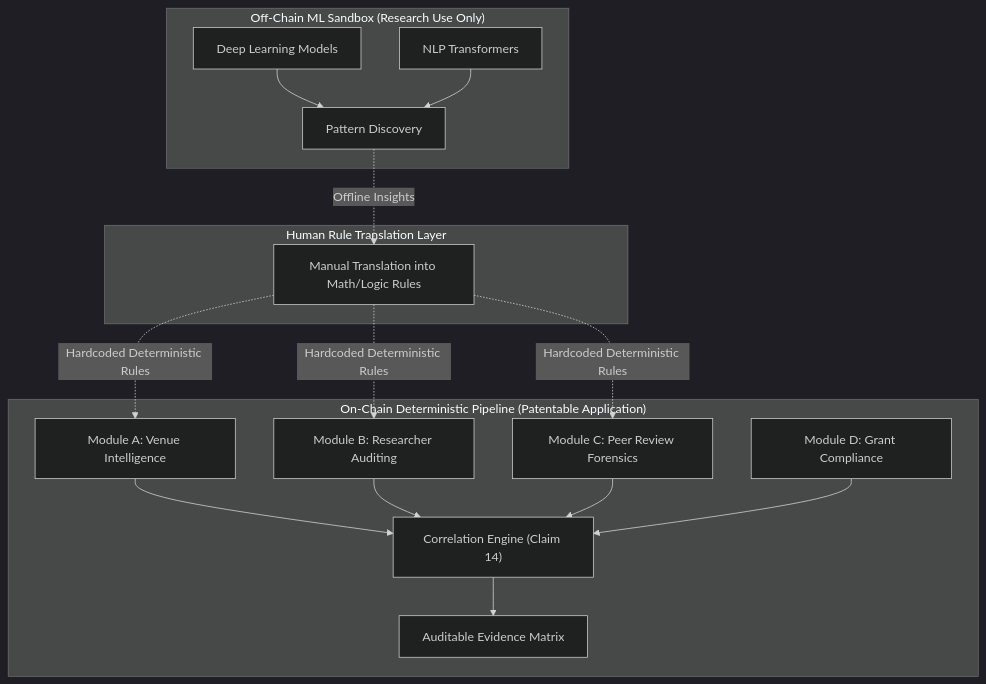
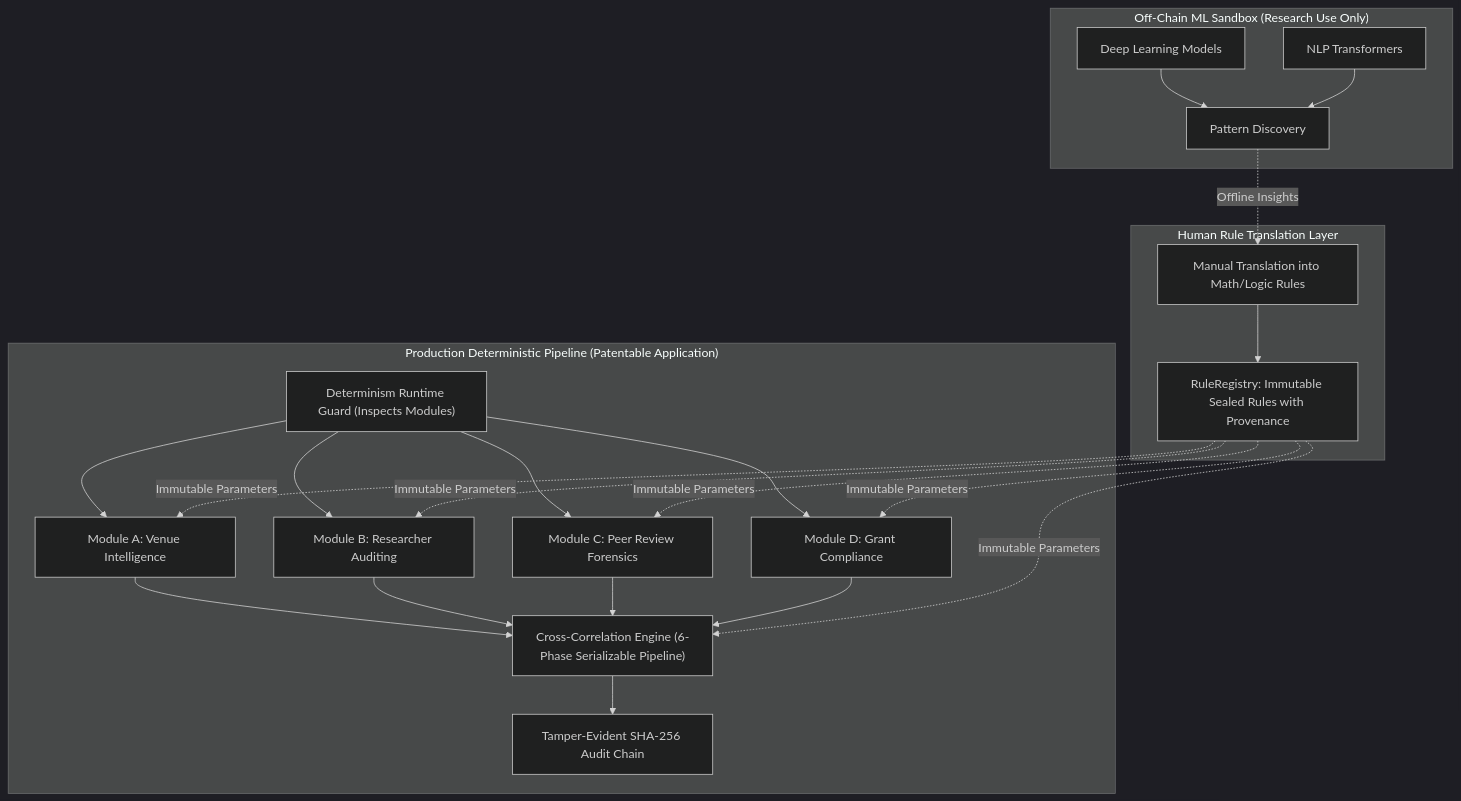
The first of 3 diagrams in aricca_x/README.md (Panchadip-128/Copyrights-Patents), drawn with Mermaid (dark theme) before and after one commit. The commit also changed other lines of this file and 77 other files, not shown here.

````diff
--- a/aricca_x/README.md
+++ b/aricca_x/README.md
@@ -17,28 +47,33 @@
 ```mermaid
 graph TD
     subgraph "Off-Chain ML Sandbox (Research Use Only)"
         ML1["Deep Learning Models"]
         ML2["NLP Transformers"]
         ML3["Pattern Discovery"]
         ML1 --> ML3
         ML2 --> ML3
     end
     
     subgraph "Human Rule Translation Layer"
         HT["Manual Translation into Math/Logic Rules"]
+        PR["RuleRegistry: Immutable Sealed Rules with Provenance"]
     end
     
-    subgraph "On-Chain Deterministic Pipeline (Patentable Application)"
+    subgraph "Production Deterministic Pipeline (Patentable Application)"
+        GUARD["Determinism Runtime Guard (Inspects Modules)"]
         D1["Module A: Venue Intelligence"]
         D2["Module B: Researcher Auditing"]
         D3["Module C: Peer Review Forensics"]
         D4["Module D: Grant Compliance"]
-        D1 & D2 & D3 & D4 --> CORR["Correlation Engine (Claim 14)"]
-        CORR --> AUDIT["Auditable Evidence Matrix"]
+        CORR["Cross-Correlation Engine (6-Phase Serializable Pipeline)"]
+        AUDIT["Tamper-Evident SHA-256 Audit Chain"]
+        
+        GUARD --> D1 & D2 & D3 & D4
+        D1 & D2 & D3 & D4 --> CORR
+        CORR --> AUDIT
     end
     
     ML3 -. "Offline Insights" .-> HT
-    HT -. "Hardcoded Deterministic Rules" .-> D1
-    HT -. "Hardcoded Deterministic Rules" .-> D2
-    HT -. "Hardcoded Deterministic Rules" .-> D3
+    HT --> PR
+    PR -. "Immutable Parameters" .-> D1 & D2 & D3 & D4 & CORR
 ```
````
